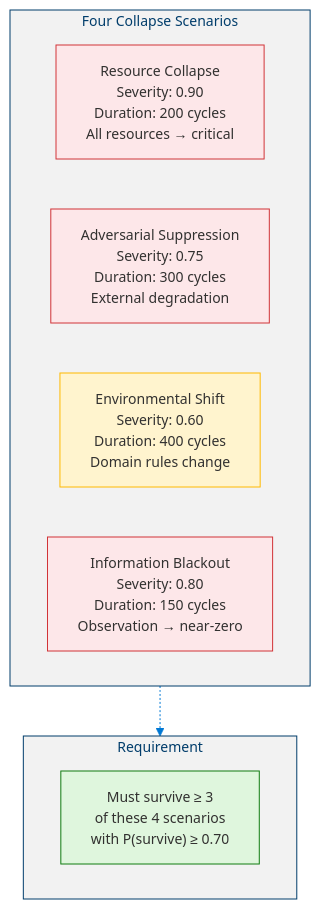
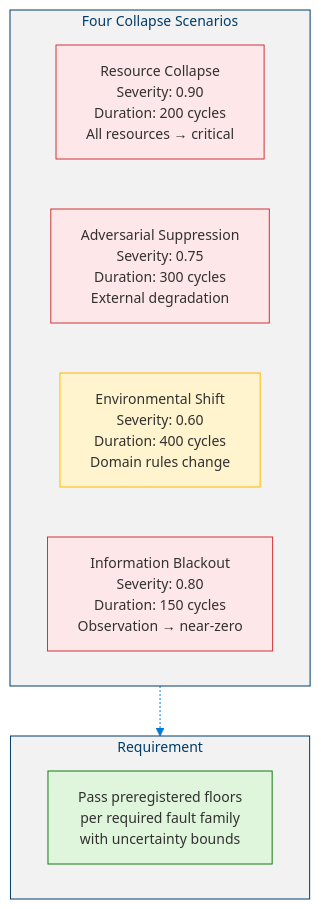
One commit to dotnetpower/mscp changed the ninth of 16 diagrams in docs/levels/Level_5_Proto_AGI.md. Above: the diagram before and after it, drawn with Mermaid. The commit also changed other lines of this file and 21 other files, not shown here.

````diff
--- a/docs/levels/Level_5_Proto_AGI.md
+++ b/docs/levels/Level_5_Proto_AGI.md
@@ -507,20 +510,20 @@
 ```mermaid
 %%{init: {'theme': 'base', 'themeVariables': {'primaryColor': '#0078D4', 'primaryTextColor': '#003D6B', 'primaryBorderColor': '#003D6B', 'secondaryColor': '#50E6FF', 'secondaryTextColor': '#323130', 'secondaryBorderColor': '#00BCF2', 'tertiaryColor': '#F2F2F2', 'tertiaryTextColor': '#323130', 'lineColor': '#0078D4', 'textColor': '#323130', 'mainBkg': '#DEECF9', 'nodeBorder': '#0078D4', 'clusterBkg': '#F2F2F2', 'clusterBorder': '#003D6B', 'titleColor': '#003D6B', 'edgeLabelBackground': '#FFFFFF', 'fontSize': '14px'}}}%%
 flowchart TD
   classDef scenario fill:#FDE7E9,stroke:#D13438,color:#323130
   classDef moderate fill:#FFF4CE,stroke:#FFB900,color:#323130
   classDef req fill:#DFF6DD,stroke:#107C10,color:#323130
 
   subgraph Scenarios["Four Collapse Scenarios"]
     S1C["Resource Collapse<br/>Severity: 0.90<br/>Duration: 200 cycles<br/>All resources → critical"]:::scenario
     S2C["Adversarial Suppression<br/>Severity: 0.75<br/>Duration: 300 cycles<br/>External degradation"]:::scenario
     S3C["Environmental Shift<br/>Severity: 0.60<br/>Duration: 400 cycles<br/>Domain rules change"]:::moderate
     S4C["Information Blackout<br/>Severity: 0.80<br/>Duration: 150 cycles<br/>Observation → near-zero"]:::scenario
   end
 
   subgraph Requirement["Requirement"]
-    REQ["Must survive ≥ 3<br/>of these 4 scenarios<br/>with P(survive) ≥ 0.70"]:::req
+    REQ["Pass preregistered floors<br/>per required fault family<br/>with uncertainty bounds"]:::req
   end
 
   Scenarios -.-> Requirement
 ```
````
